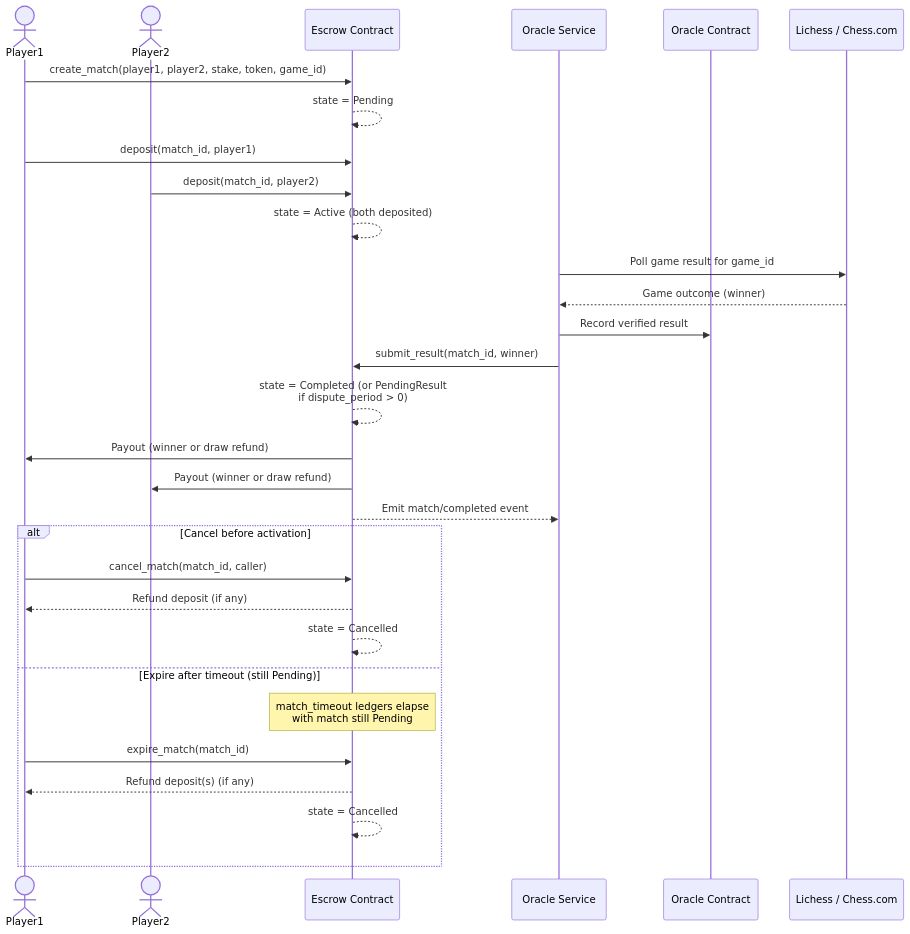
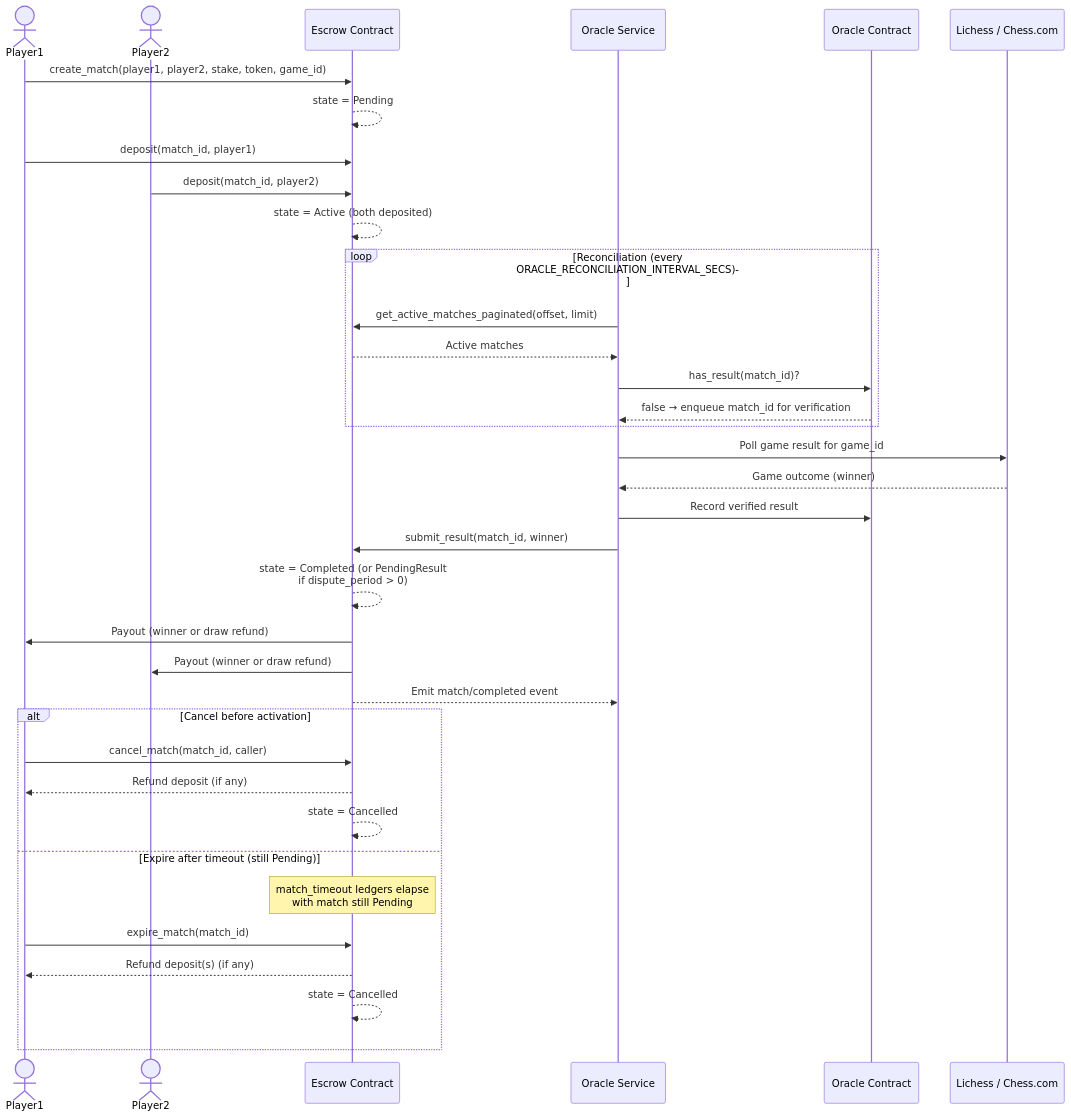
The second of 3 diagrams in docs/architecture.md (StellarCheckMate/Checkmate-Escrow), drawn with Mermaid before and after one commit. The commit also changed other lines of this file and 15 other files, not shown here.

First line of the commit message:
Add reconciliation task so oracle-service actually discovers matches

````diff
--- a/docs/architecture.md
+++ b/docs/architecture.md
@@ -50,35 +50,42 @@
 ```mermaid
 sequenceDiagram
     actor Player1
     actor Player2
     participant Escrow as Escrow Contract
     participant OracleSvc as Oracle Service
     participant OracleContract as Oracle Contract
     participant Platform as Lichess / Chess.com
 
     Player1->>Escrow: create_match(player1, player2, stake, token, game_id)
     Escrow-->>Escrow: state = Pending
     Player1->>Escrow: deposit(match_id, player1)
     Player2->>Escrow: deposit(match_id, player2)
     Escrow-->>Escrow: state = Active (both deposited)
+
+    loop Reconciliation (every ORACLE_RECONCILIATION_INTERVAL_SECS)
+        OracleSvc->>Escrow: get_active_matches_paginated(offset, limit)
+        Escrow-->>OracleSvc: Active matches
+        OracleSvc->>OracleContract: has_result(match_id)?
+        OracleContract-->>OracleSvc: false → enqueue match_id for verification
+    end
 
     OracleSvc->>Platform: Poll game result for game_id
     Platform-->>OracleSvc: Game outcome (winner)
     OracleSvc->>OracleContract: Record verified result
     OracleSvc->>Escrow: submit_result(match_id, winner)
     Escrow-->>Escrow: state = Completed (or PendingResult<br/>if dispute_period > 0)
     Escrow->>Player1: Payout (winner or draw refund)
     Escrow->>Player2: Payout (winner or draw refund)
     Escrow-->>OracleSvc: Emit match/completed event
 
     alt Cancel before activation
         Player1->>Escrow: cancel_match(match_id, caller)
         Escrow-->>Player1: Refund deposit (if any)
         Escrow-->>Escrow: state = Cancelled
     else Expire after timeout (still Pending)
         Note over Escrow: match_timeout ledgers elapse<br/>with match still Pending
         Player1->>Escrow: expire_match(match_id)
         Escrow-->>Player1: Refund deposit(s) (if any)
         Escrow-->>Escrow: state = Cancelled
     end
 ```
````
